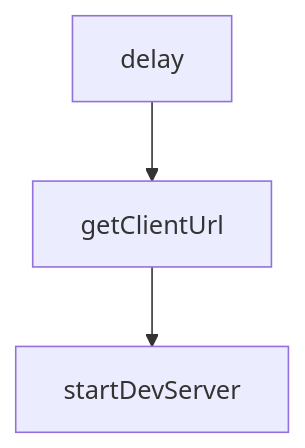
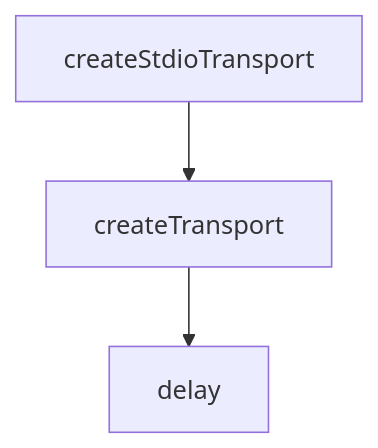
The diagram in tutorials/mcp-inspector-tutorial/03-ui-debugging-workflows-tools-resources-prompts.md (johnxie/awesome-code-docs), drawn with Mermaid before and after one commit. The commit also changed other lines of this file and 1232 other files, not shown here.

````diff
--- a/tutorials/mcp-inspector-tutorial/03-ui-debugging-workflows-tools-resources-prompts.md
+++ b/tutorials/mcp-inspector-tutorial/03-ui-debugging-workflows-tools-resources-prompts.md
@@ -177,8 +175,8 @@
 ```mermaid
 flowchart TD
-    A[delay]
-    B[getClientUrl]
-    C[startDevServer]
+    A[createStdioTransport]
+    B[createTransport]
+    C[delay]
     A --> B
     B --> C
 ```
````
